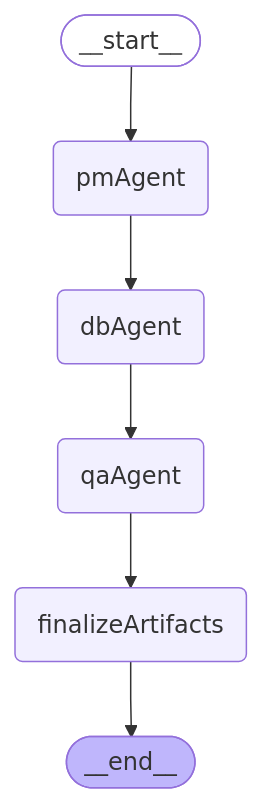
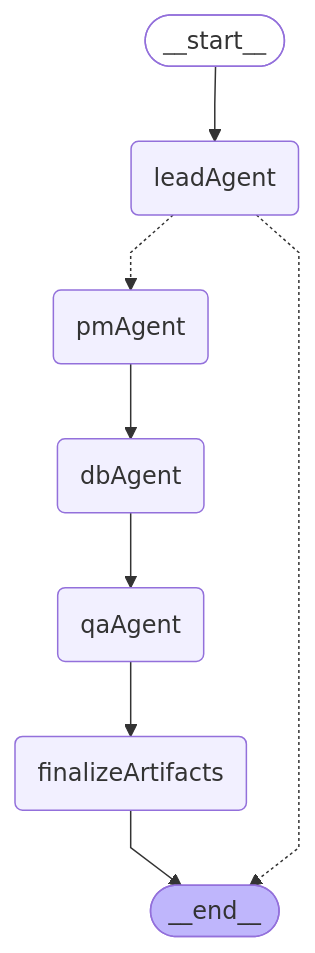
The first of 5 diagrams in frontend/internal-packages/agent/README.md (yzkee/liam), drawn with Mermaid before and after one commit. The commit also changed other lines of this file and 9 other files, not shown here.

First line of the commit message:
feat: Implement lead agent for intelligent request routing

````diff
--- a/frontend/internal-packages/agent/README.md
+++ b/frontend/internal-packages/agent/README.md
@@ -7,18 +7,21 @@
 ```mermaid
 %%{init: {'flowchart': {'curve': 'linear'}}}%%
 graph TD;
 	__start__([<p>__start__</p>]):::first
+	leadAgent(leadAgent)
 	pmAgent(pmAgent)
 	dbAgent(dbAgent)
 	qaAgent(qaAgent)
 	finalizeArtifacts(finalizeArtifacts)
 	__end__([<p>__end__</p>]):::last
-	__start__ --> pmAgent;
+	__start__ --> leadAgent;
 	dbAgent --> qaAgent;
 	finalizeArtifacts --> __end__;
 	pmAgent --> dbAgent;
 	qaAgent --> finalizeArtifacts;
+	leadAgent -.-> pmAgent;
+	leadAgent -.-> __end__;
 	classDef default fill:#f2f0ff,line-height:1.2;
 	classDef first fill-opacity:0;
 	classDef last fill:#bfb6fc;
 ```
````
